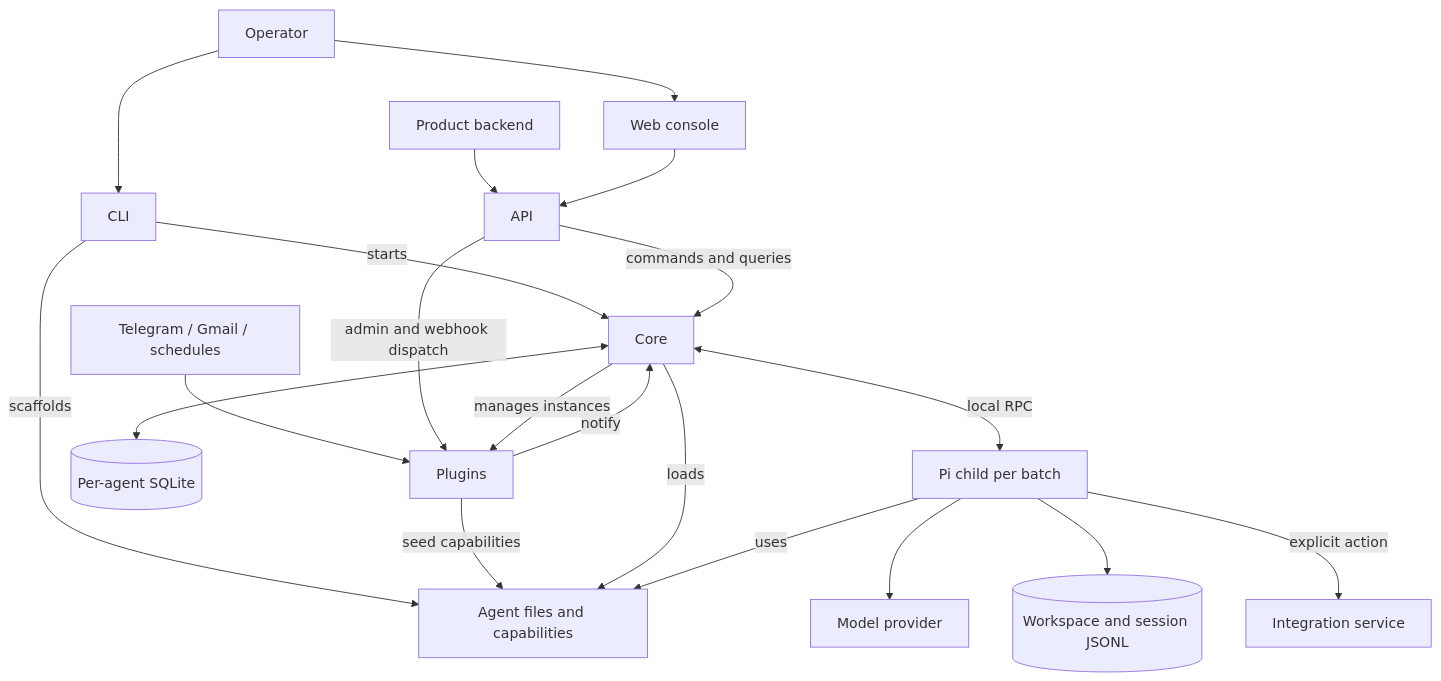
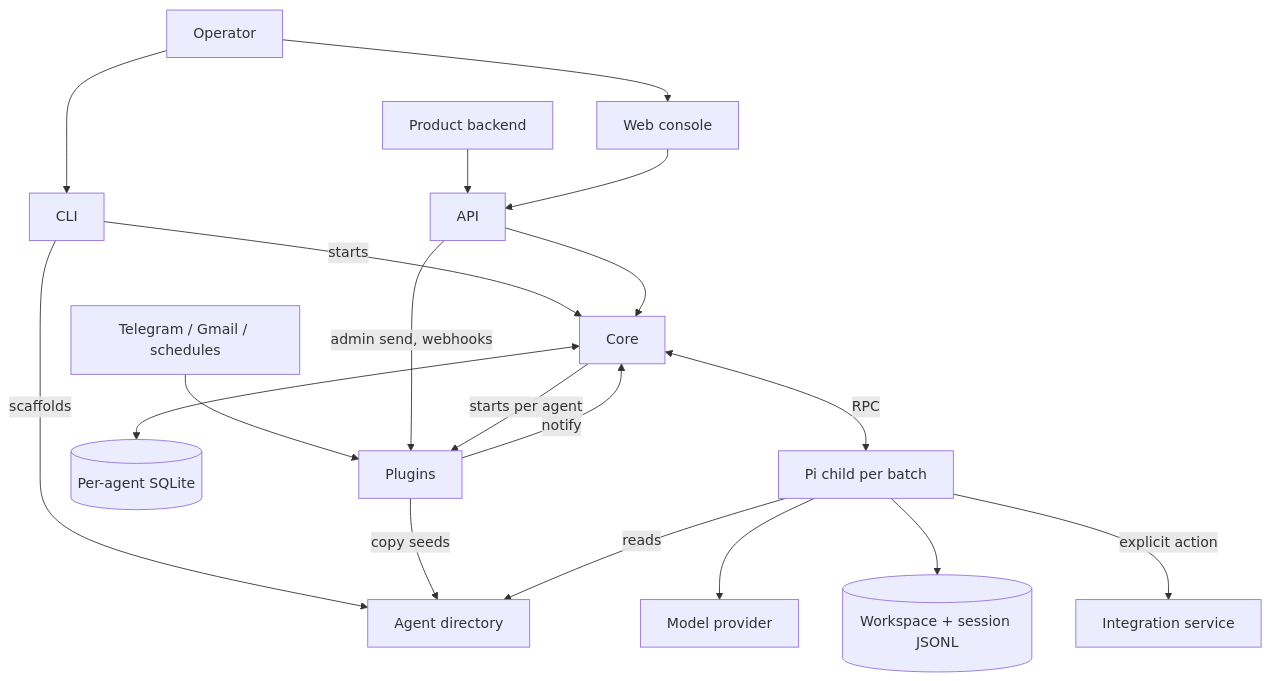
One commit to cognisphere-sh/cognisphere-harness changed the first of 7 diagrams in docs/high-level-design.md. Above: the diagram before and after it, drawn with Mermaid. The commit also changed other lines of this file and 19 other files, not shown here.

First line of the commit message:
Update core implementation roadmap with revised delivery order and agent configuration details

````diff
--- a/docs/high-level-design.md
+++ b/docs/high-level-design.md
@@ -20,22 +22,21 @@
 ```mermaid
 flowchart TB
-    Operator[Operator] --> Web[Web console]
-    Operator --> CLI[CLI]
-    Product[Product backend] --> API[API]
+    Operator --> Web[Web console]
+    Operator --> CLI
+    Product[Product backend] --> API
     Web --> API
-    CLI -->|starts| Core[Core]
-    CLI -->|scaffolds| Assets[Agent files and capabilities]
-    Sources[Telegram / Gmail / schedules] --> Plugins[Plugins]
-    API -->|commands and queries| Core
-    API -->|admin and webhook dispatch| Plugins
-    Core -->|manages instances| Plugins
+    CLI -->|starts| Core
+    CLI -->|scaffolds| Assets[Agent directory]
+    Sources[Telegram / Gmail / schedules] --> Plugins
+    API --> Core
+    API -->|admin send, webhooks| Plugins
+    Core -->|starts per agent| Plugins
     Plugins -->|notify| Core
-    Plugins -->|seed capabilities| Assets
-    Core -->|loads| Assets
+    Plugins -->|copy seeds| Assets
     Core <--> Queue[(Per-agent SQLite)]
-    Core <-->|local RPC| Pi[Pi child per batch]
-    Pi -->|uses| Assets
+    Core <-->|RPC| Pi[Pi child per batch]
+    Pi -->|reads| Assets
     Pi --> Model[Model provider]
-    Pi --> Files[(Workspace and session JSONL)]
+    Pi --> Files[(Workspace + session JSONL)]
     Pi -->|explicit action| External[Integration service]
 ```
````
